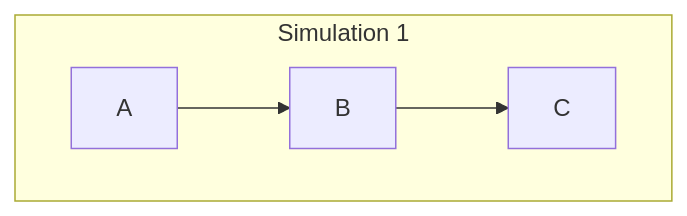
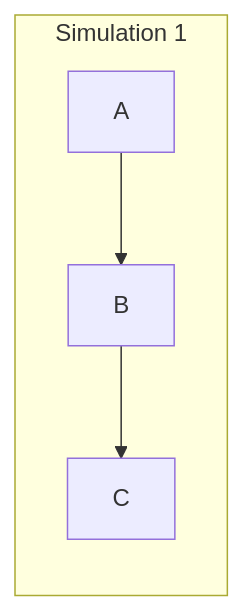
Before and after one commit to BlockScience/MSML: the first of 3 diagrams in dev/Test.md, drawn with Mermaid. The commit also changed other lines of this file and 1 other file, not shown here.

Commit message:
Finish graph POC

````diff
--- a/dev/Test.md
+++ b/dev/Test.md
@@ -1,10 +1,11 @@
 ```mermaid
-graph TD
+graph TB
 subgraph X4[Simulation 1]
+direction TB
 X1[A]
 X2[B]
 X3[C]
 X1-->X2
 X2-->X3
 end
 ```
````
